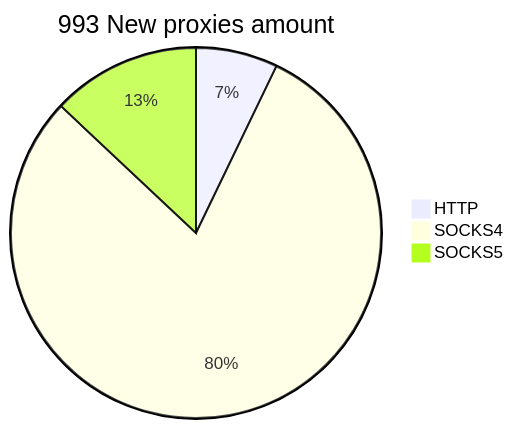
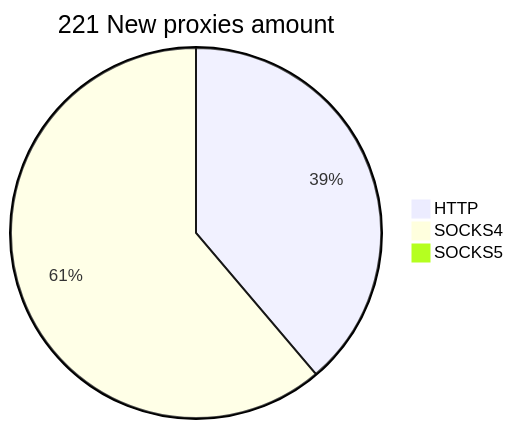
One commit to cutipu/proxylist changed the second of 2 diagrams in README.md. Above: the diagram before and after it, drawn with Mermaid. The commit also changed other lines of this file, not shown here.

````diff
--- a/README.md
+++ b/README.md
@@ -10,6 +10,6 @@
 ```mermaid
-pie title 993 New proxies amount
-    "HTTP" : 71
-    "SOCKS4" : 793
-    "SOCKS5" : 129
+pie title 221 New proxies amount
+    "HTTP" : 109
+    "SOCKS4" : 172
+    "SOCKS5" : 0
 ```
````
